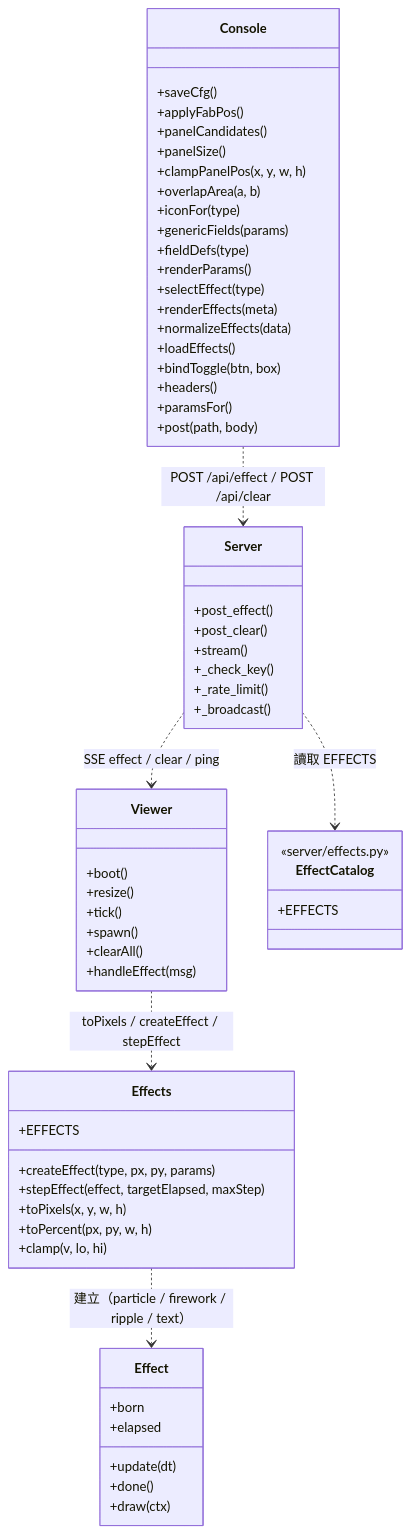
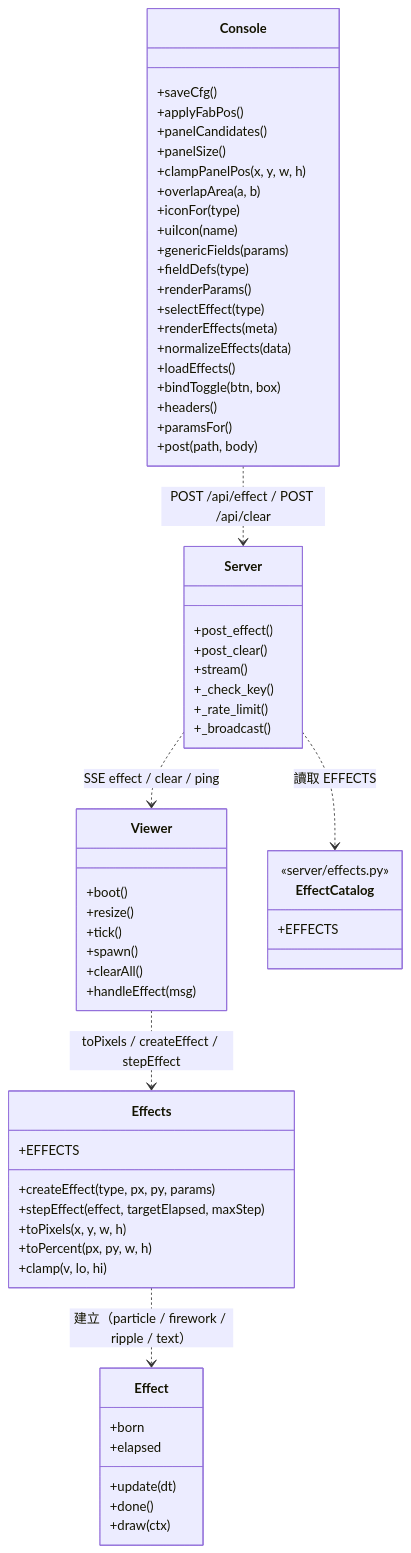
One commit to zivngit/Real-time-Interaction-html changed the fifth of 6 diagrams in docs/agents/CALL_GRAPH.md. Above: the diagram before and after it, drawn with Mermaid. The commit also changed other lines of this file and 5 other files, not shown here.

````diff
--- a/docs/agents/CALL_GRAPH.md
+++ b/docs/agents/CALL_GRAPH.md
@@ -129,63 +129,64 @@
 ```mermaid
 classDiagram
     class Effects {
         +EFFECTS
         +createEffect(type, px, py, params)
         +stepEffect(effect, targetElapsed, maxStep)
         +toPixels(x, y, w, h)
         +toPercent(px, py, w, h)
         +clamp(v, lo, hi)
     }
     class Effect {
         +update(dt)
         +done()
         +draw(ctx)
         +born
         +elapsed
     }
     class Viewer {
         +boot()
         +resize()
         +tick()
         +spawn()
         +clearAll()
         +handleEffect(msg)
     }
     class EffectCatalog {
         <<server/effects.py>>
         +EFFECTS
     }
     class Server {
         +post_effect()
         +post_clear()
         +stream()
         +_check_key()
         +_rate_limit()
         +_broadcast()
     }
     class Console {
         +saveCfg()
         +applyFabPos()
         +panelCandidates()
         +panelSize()
         +clampPanelPos(x, y, w, h)
         +overlapArea(a, b)
         +iconFor(type)
+        +uiIcon(name)
         +genericFields(params)
         +fieldDefs(type)
         +renderParams()
         +selectEffect(type)
         +renderEffects(meta)
         +normalizeEffects(data)
         +loadEffects()
         +bindToggle(btn, box)
         +headers()
         +paramsFor()
         +post(path, body)
     }
     Viewer ..> Effects : toPixels / createEffect / stepEffect
     Effects ..> Effect : 建立（particle / firework / ripple / text）
     Console ..> Server : POST /api/effect / POST /api/clear
     Server ..> EffectCatalog : 讀取 EFFECTS
     Server ..> Viewer : SSE effect / clear / ping
 ```
````
